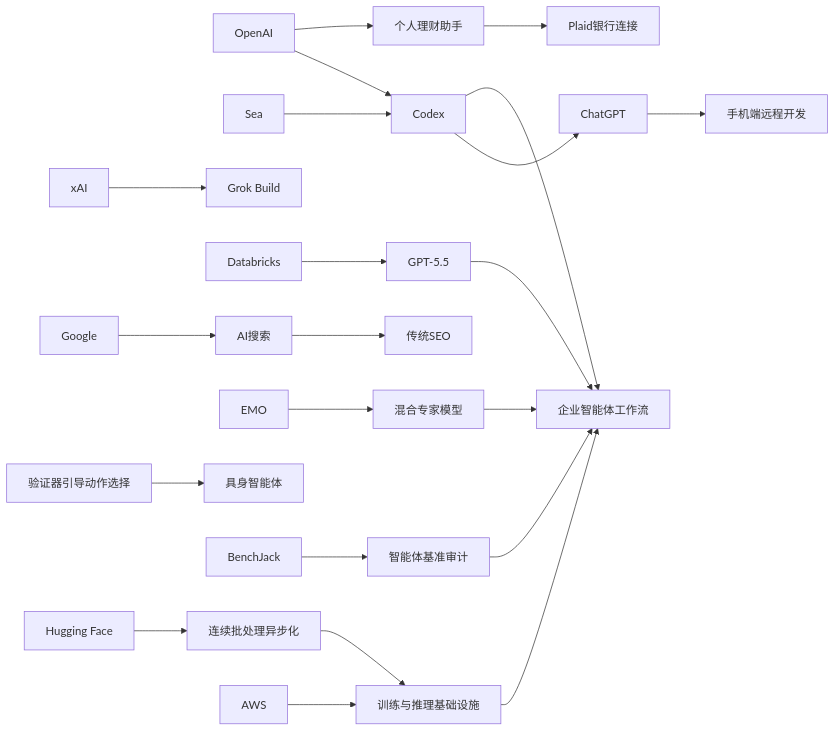
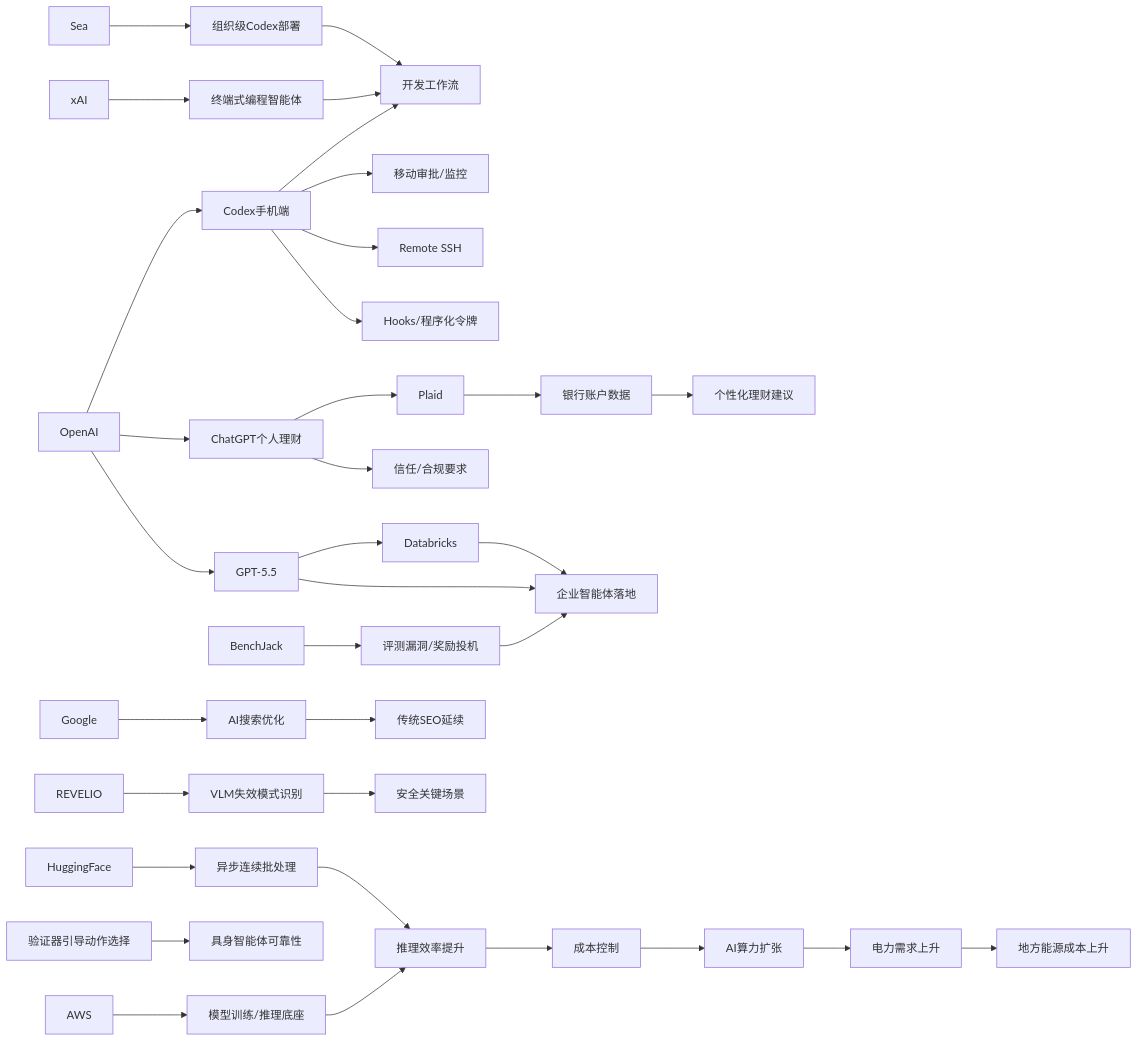
The diagram in content/cn/2026/2026-05/2026-05-16.md (zhuxinfei/ai-daily-site), drawn with Mermaid before and after one commit. The commit also changed other lines of this file, not shown here.

````diff
--- a/content/cn/2026/2026-05/2026-05-16.md
+++ b/content/cn/2026/2026-05/2026-05-16.md
@@ -105,53 +114,43 @@
 ```mermaid
 graph LR
-    OpenAI[OpenAI]
-    Codex[Codex]
-    ChatGPT[ChatGPT]
-    Mobile[手机端远程开发]
-    Finance[个人理财助手]
-    Plaid[Plaid银行连接]
-    Sea[Sea]
-    xAI[xAI]
-    GrokBuild[Grok Build]
-    Databricks[Databricks]
-    GPT55[GPT-5.5]
-    Enterprise[企业智能体工作流]
-    Google[Google]
-    SEO[传统SEO]
-    AISearch[AI搜索]
-    EMO[EMO]
-    MoE[混合专家模型]
-    Verifier[验证器引导动作选择]
-    Embodied[具身智能体]
-    BenchJack[BenchJack]
-    Benchmark[智能体基准审计]
-    HF[Hugging Face]
-    AsyncBatch[连续批处理异步化]
-    AWS[AWS]
-    Infra[训练与推理基础设施]
+    OpenAI --> CodexMobile[Codex手机端]
+    OpenAI --> Finance[ChatGPT个人理财]
+    OpenAI --> GPT55[GPT-5.5]
+    GPT55 --> Databricks
+    CodexMobile --> DevWorkflow[开发工作流]
+    CodexMobile --> MobileApprove[移动审批/监控]
+    CodexMobile --> RemoteSSH[Remote SSH]
+    CodexMobile --> Hooks[Hooks/程序化令牌]
 
-    OpenAI --> Codex
-    Codex --> ChatGPT
-    ChatGPT --> Mobile
-    OpenAI --> Finance
+    Sea --> CodexAdoption[组织级Codex部署]
+    CodexAdoption --> DevWorkflow
+    xAI --> GrokBuild[终端式编程智能体]
+    GrokBuild --> DevWorkflow
+
+    BenchJack --> EvalRisk[评测漏洞/奖励投机]
+    GPT55 --> EnterpriseAgents[企业智能体落地]
+    Databricks --> EnterpriseAgents
+    EvalRisk --> EnterpriseAgents
+
     Finance --> Plaid
-    Sea --> Codex
-    xAI --> GrokBuild
+    Plaid --> BankData[银行账户数据]
+    BankData --> PersonalizedAdvice[个性化理财建议]
+    Finance --> Compliance[信任/合规要求]
 
-    Databricks --> GPT55
-    GPT55 --> Enterprise
-    Codex --> Enterprise
-    HF --> AsyncBatch
-    AWS --> Infra
-    AsyncBatch --> Infra
-    Infra --> Enterprise
+    Google --> AISEO[AI搜索优化]
+    AISEO --> TraditionalSEO[传统SEO延续]
 
-    Google --> AISearch
-    AISearch --> SEO
+    HuggingFace --> AsyncBatching[异步连续批处理]
+    AWS --> Infra[模型训练/推理底座]
+    AsyncBatching --> InferenceEfficiency[推理效率提升]
+    Infra --> InferenceEfficiency
 
-    EMO --> MoE
-    Verifier --> Embodied
-    BenchJack --> Benchmark
-    MoE --> Enterprise
-    Benchmark --> Enterprise
+    AIInfraDemand[AI算力扩张] --> EnergyDemand[电力需求上升]
+    EnergyDemand --> LocalCost[地方能源成本上升]
+    InferenceEfficiency --> CostControl[成本控制]
+    CostControl --> AIInfraDemand
+
+    Verifier[验证器引导动作选择] --> EmbodiedAI[具身智能体可靠性]
+    REVELIO --> VLMRisk[VLM失效模式识别]
+    VLMRisk --> SafetyCritical[安全关键场景]
 ```
````
